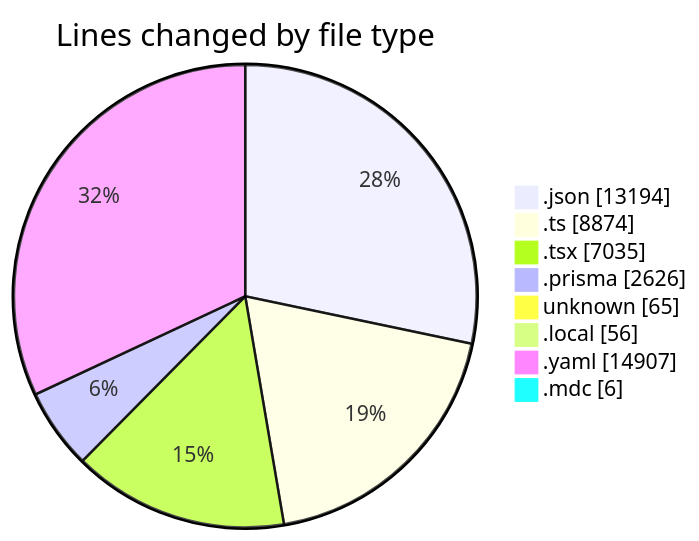
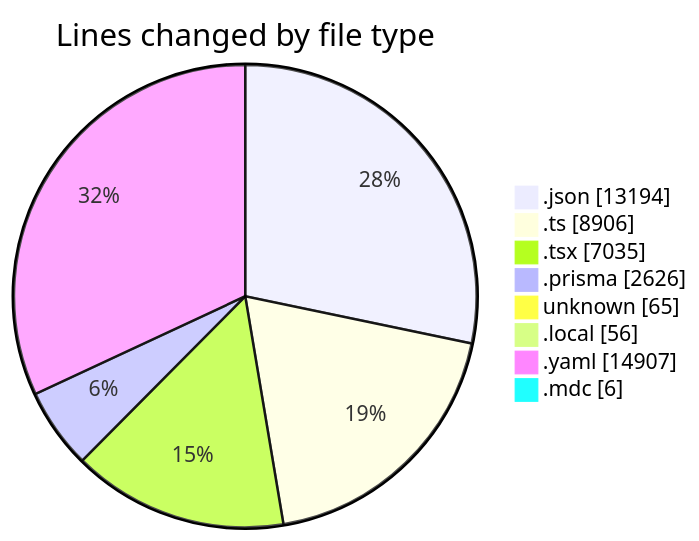
One commit to CELIANVF/code-tracking changed the first of 2 diagrams in 2025-05-15/ecodeli-1/README.md. Above: the diagram before and after it, drawn with Mermaid. The commit also changed other lines of this file and 1 other file, not shown here.

````diff
--- a/2025-05-15/ecodeli-1/README.md
+++ b/2025-05-15/ecodeli-1/README.md
@@ -67,12 +67,12 @@
 ```mermaid
 pie showData
 title Lines changed by file type
 ".json" : 13194
-".ts" : 8874
+".ts" : 8906
 ".tsx" : 7035
 ".prisma" : 2626
 "unknown" : 65
 ".local" : 56
 ".yaml" : 14907
 ".mdc" : 6
 ```
````
